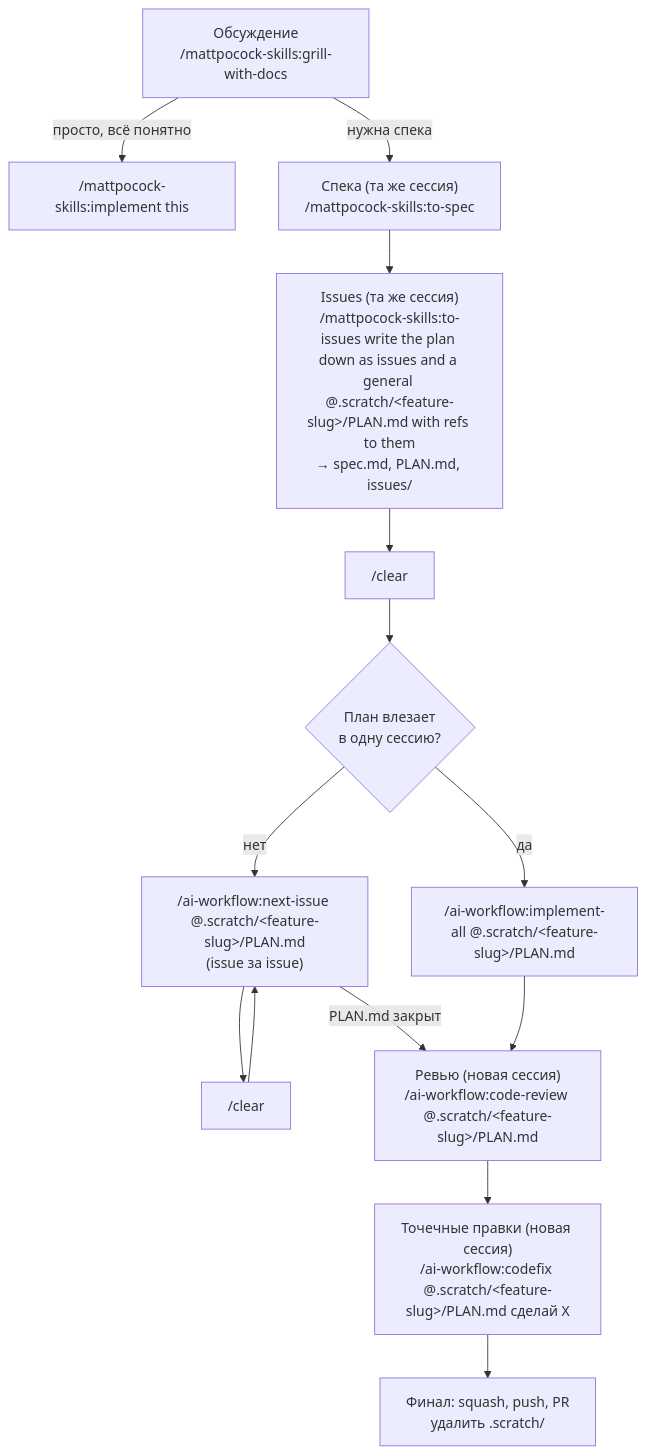
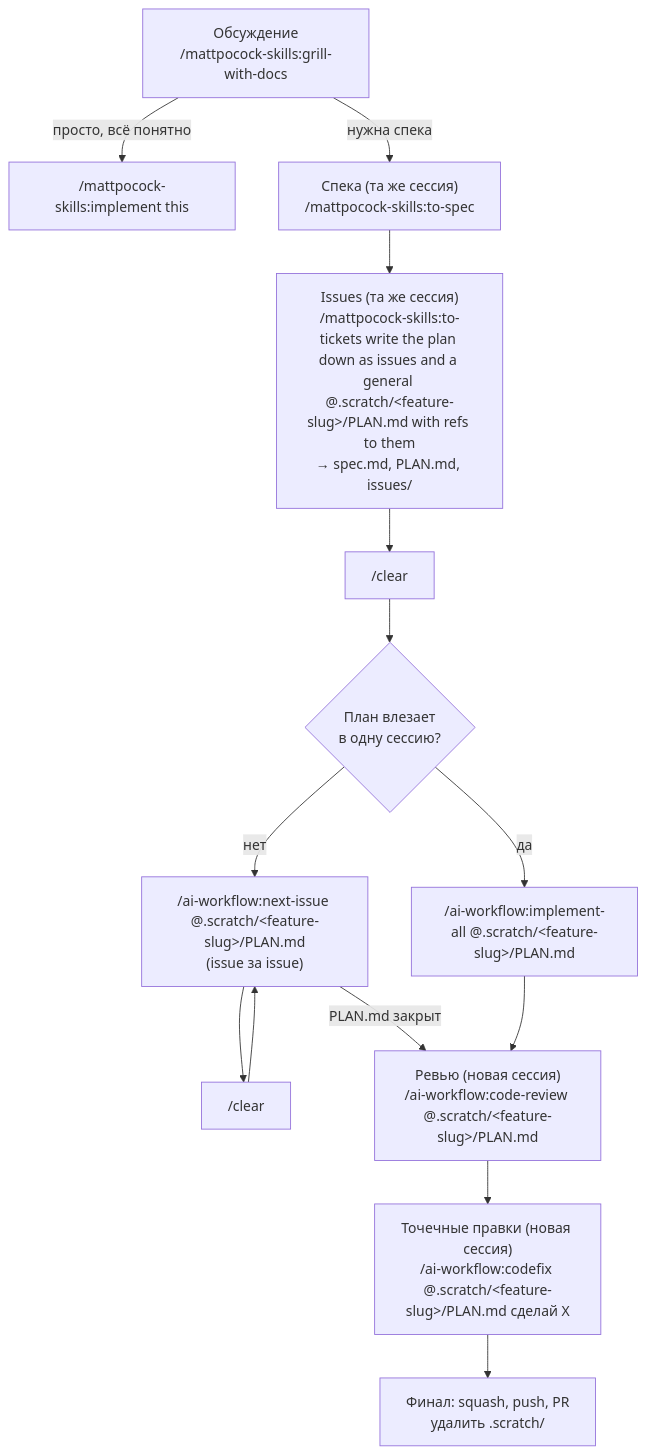
One commit to Whatislove118/AI-Workflow changed the diagram in README.md. Above: the diagram before and after it, drawn with Mermaid. The commit also changed other lines of this file, not shown here.

````diff
--- a/README.md
+++ b/README.md
@@ -44,16 +44,16 @@
 ```mermaid
 flowchart TD
     A["Обсуждение\n/mattpocock-skills:grill-with-docs"]
     A -- "просто, всё понятно" --> B["/mattpocock-skills:implement this"]
     A -- "нужна спека" --> C["Спека (та же сессия)\n/mattpocock-skills:to-spec"]
-    C --> D["Issues (та же сессия)\n/mattpocock-skills:to-issues write the plan down as issues and a general @.scratch/#lt;feature-slug#gt;/PLAN.md with refs to them\n→ spec.md, PLAN.md, issues/"]
+    C --> D["Issues (та же сессия)\n/mattpocock-skills:to-tickets write the plan down as issues and a general @.scratch/#lt;feature-slug#gt;/PLAN.md with refs to them\n→ spec.md, PLAN.md, issues/"]
     D --> E["/clear"]
     E --> F{"План влезает\nв одну сессию?"}
     F -- да --> G["/ai-workflow:implement-all @.scratch/#lt;feature-slug#gt;/PLAN.md"]
     F -- нет --> H["/ai-workflow:next-issue @.scratch/#lt;feature-slug#gt;/PLAN.md\n(issue за issue)"]
     H --> I["/clear"] --> H
     H -- "PLAN.md закрыт" --> J
     G --> J["Ревью (новая сессия)\n/ai-workflow:code-review @.scratch/#lt;feature-slug#gt;/PLAN.md"]
     J --> K["Точечные правки (новая сессия)\n/ai-workflow:codefix @.scratch/#lt;feature-slug#gt;/PLAN.md сделай X"]
     K --> L["Финал: squash, push, PR\nудалить .scratch/"]
 ```
````
